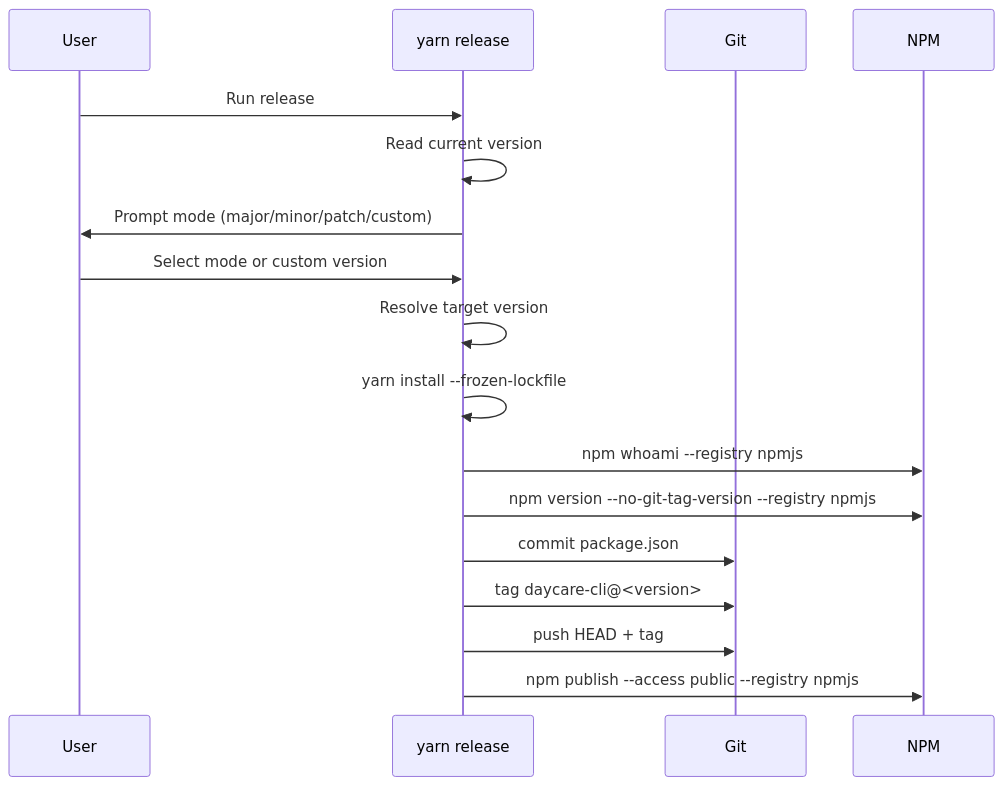
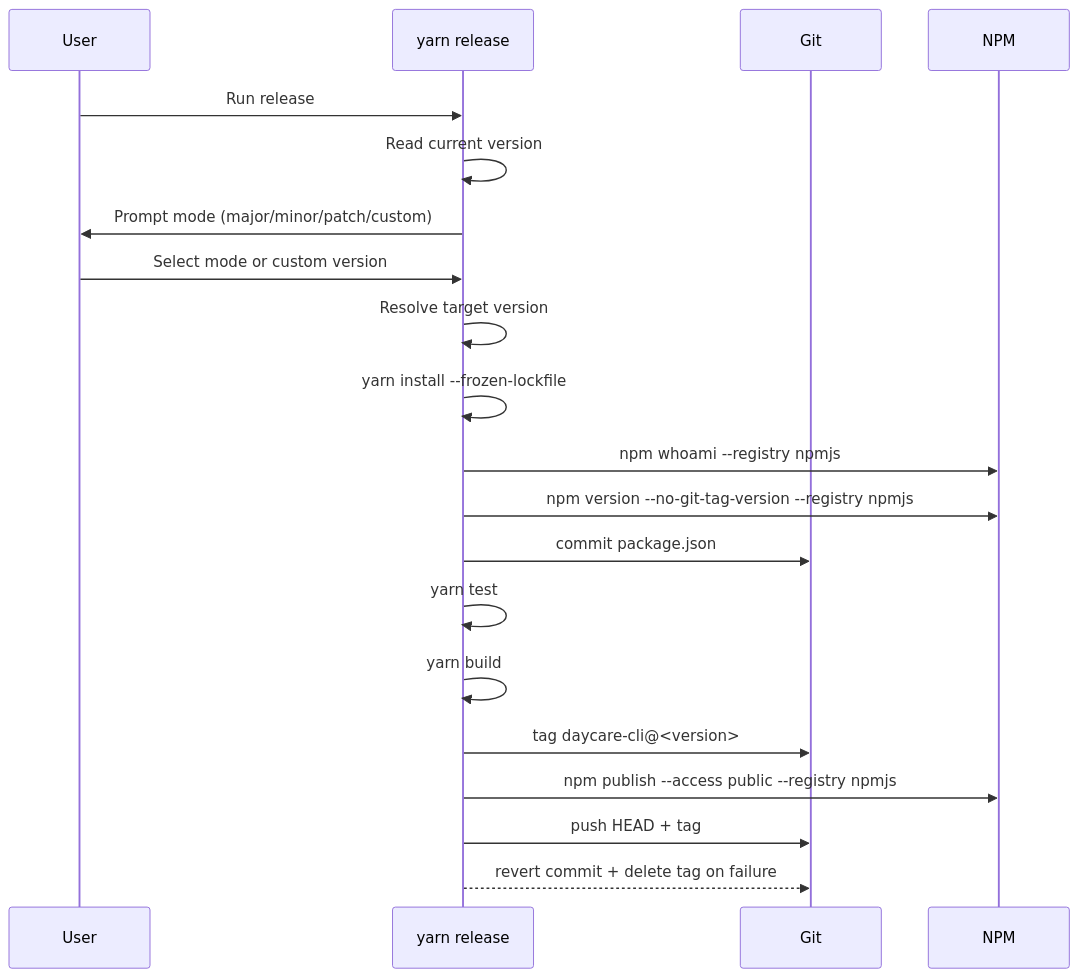
The diagram in doc/internals/release-command.md (ex3ndr/daycare), drawn with Mermaid before and after one commit. The commit also changed other lines of this file and 2 other files, not shown here.

Commit message:
feat(release): rollback commit and tag on failure

````diff
--- a/doc/internals/release-command.md
+++ b/doc/internals/release-command.md
@@ -20,20 +22,23 @@
 ```mermaid
 sequenceDiagram
   participant User
   participant CLI as yarn release
   participant Git
   participant NPM
 
   User->>CLI: Run release
   CLI->>CLI: Read current version
   CLI->>User: Prompt mode (major/minor/patch/custom)
   User->>CLI: Select mode or custom version
   CLI->>CLI: Resolve target version
   CLI->>CLI: yarn install --frozen-lockfile
   CLI->>NPM: npm whoami --registry npmjs
   CLI->>NPM: npm version --no-git-tag-version --registry npmjs
   CLI->>Git: commit package.json
+  CLI->>CLI: yarn test
+  CLI->>CLI: yarn build
   CLI->>Git: tag daycare-cli@<version>
+  CLI->>NPM: npm publish --access public --registry npmjs
   CLI->>Git: push HEAD + tag
-  CLI->>NPM: npm publish --access public --registry npmjs
+  CLI-->>Git: revert commit + delete tag on failure
 ```
````
